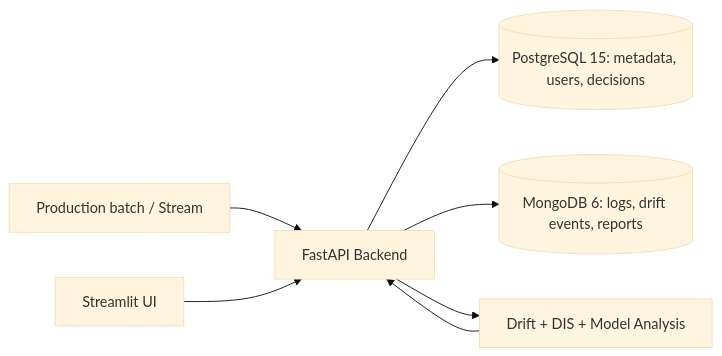
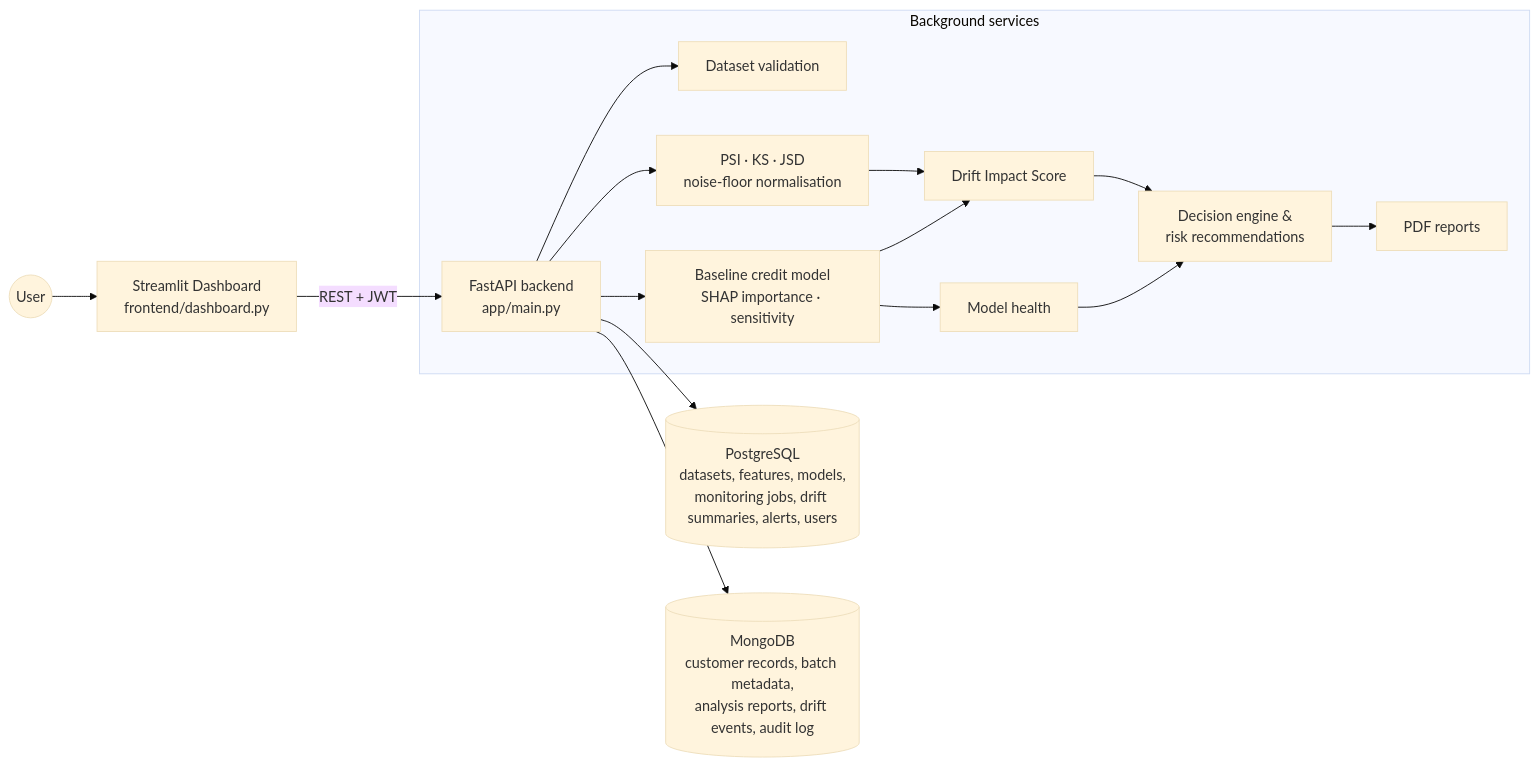
Before and after one commit to kumaranimesh1901/driftguard: the diagram in README.md, drawn with Mermaid (base theme). The commit also changed other lines of this file and 99 other files, not shown here.

````diff
--- a/README.md
+++ b/README.md
@@ -9,9 +41,20 @@
 ```mermaid
 flowchart LR
-  Ingest[Production batch / Stream] --> API[FastAPI Backend]
-  API --> PG[(PostgreSQL 15: metadata, users, decisions)]
-  API --> Mongo[(MongoDB 6: logs, drift events, reports)]
-  API --> Analysis[Drift + DIS + Model Analysis]
-  Analysis --> API
-  UI[Streamlit UI] --> API
+    User((User)) --> UI[Streamlit Dashboard<br/>frontend/dashboard.py]
+    UI -->|REST + JWT| API[FastAPI backend<br/>app/main.py]
+
+    subgraph Background services
+        API --> V[Dataset validation]
+        API --> DRIFT[PSI · KS · JSD<br/>noise-floor normalisation]
+        API --> MODEL[Baseline credit model<br/>SHAP importance · sensitivity]
+        DRIFT --> DIS[Drift Impact Score]
+        MODEL --> DIS
+        MODEL --> PERF[Model health]
+        DIS --> REC[Decision engine &<br/>risk recommendations]
+        PERF --> REC
+        REC --> PDF[PDF reports]
+    end
+
+    API --> PG[(PostgreSQL<br/>datasets, features, models,<br/>monitoring jobs, drift summaries, alerts, users)]
+    API --> MG[(MongoDB<br/>customer records, batch metadata,<br/>analysis reports, drift events, audit log)]
 ```
````
